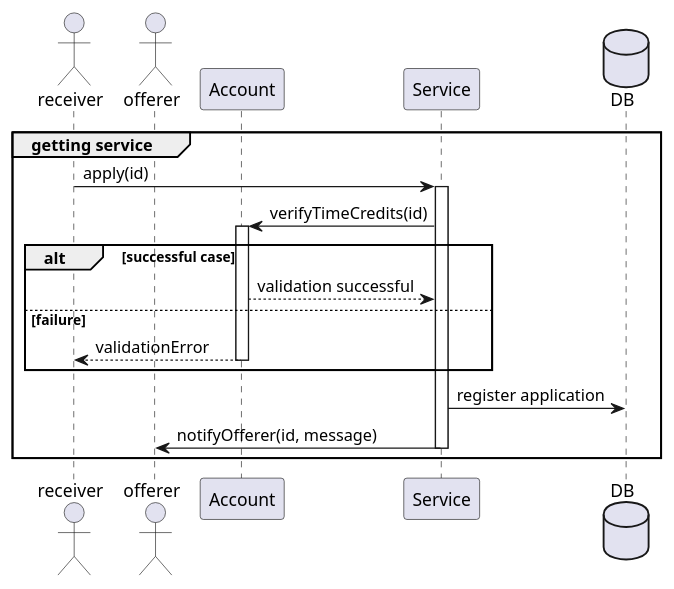
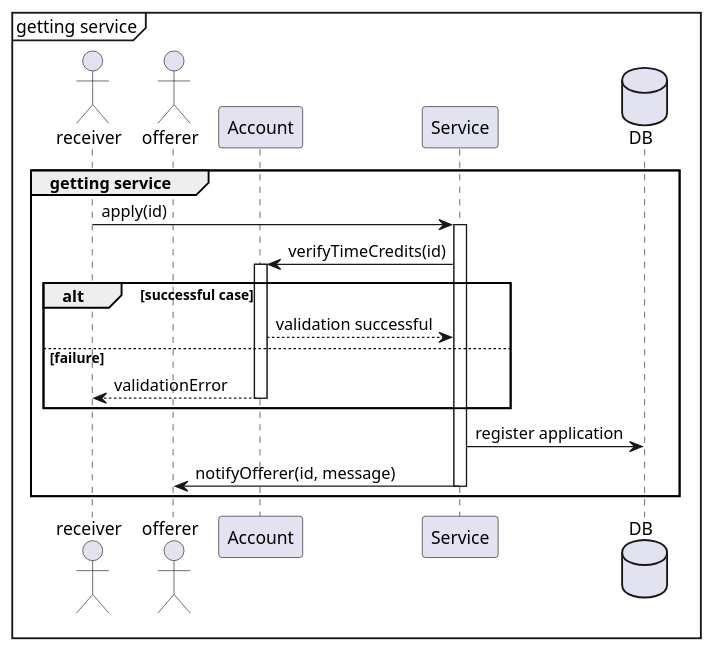
Before and after one commit to ZDenizYStenhaug/swe573-Project: the diagram in sequenceDiagramGettingService.puml, drawn with PlantUML. The commit also changed 1 other file, not shown here.

Commit message:
add mainframe

```diff
--- a/sequenceDiagramGettingService.puml
+++ b/sequenceDiagramGettingService.puml
@@ -1,27 +1,28 @@
 @startuml
+mainframe getting service
 
 group getting service
 
 actor receiver
 actor offerer
 participant Account
 participant Service
 database DB
 
 receiver -> Service: apply(id)
 
 activate Service
 Service -> Account: verifyTimeCredits(id)
 activate Account
 alt successful case
     Account --> Service: validation successful
 else failure
     Account --> receiver: validationError
 deactivate Account
 end
 Service -> DB: register application
 
 Service -> offerer: notifyOfferer(id, message)
 deactivate Service
 end
 @enduml
```
